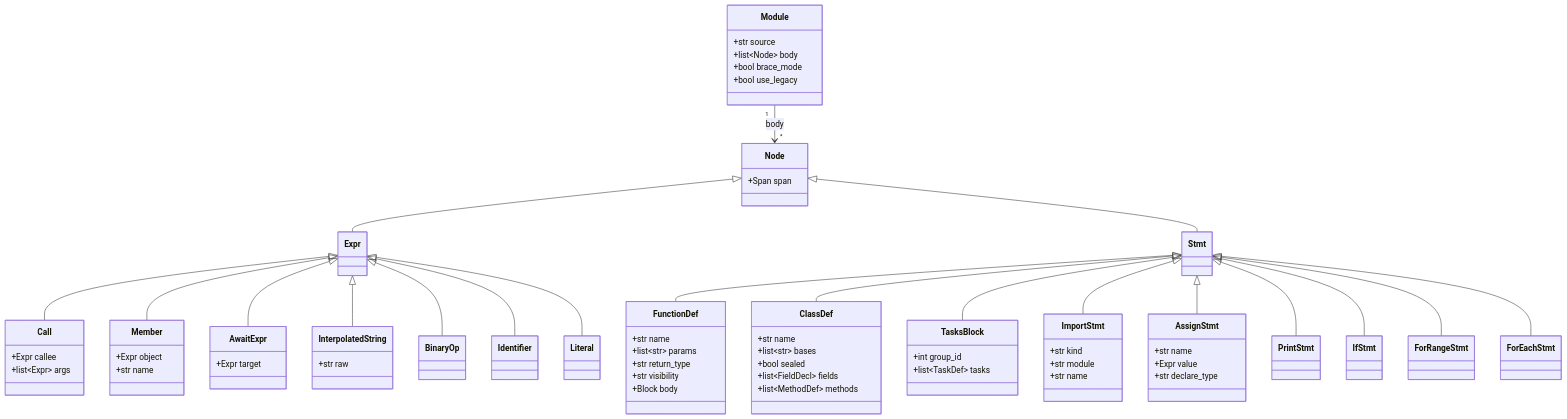
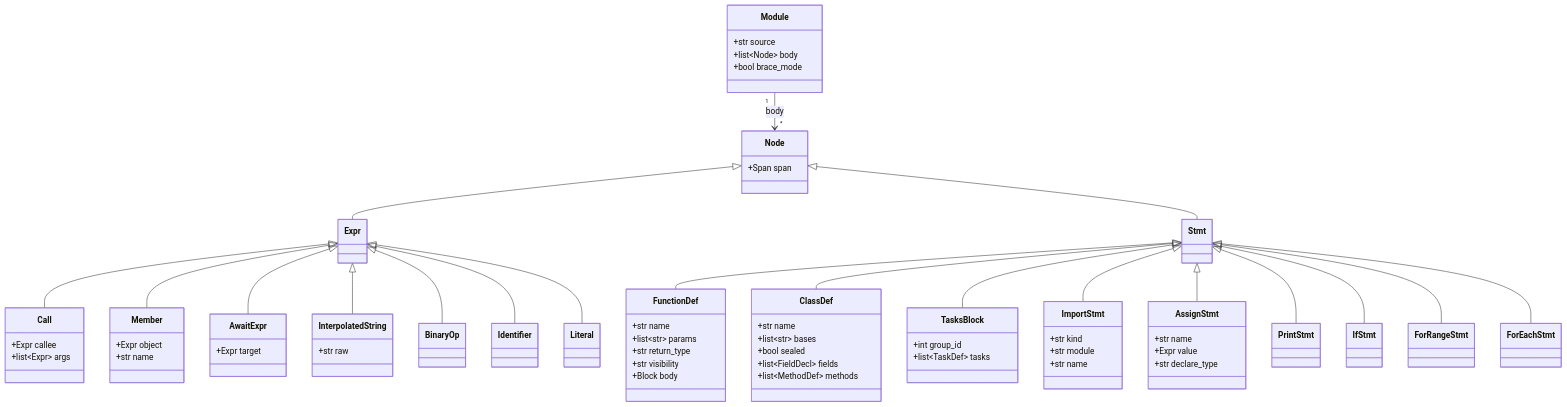
Before and after one commit to remideboer/pys: the fifth of 7 diagrams in docs/ARCHITECTURE.md, drawn with Mermaid. The commit also changed other lines of this file and 11 other files, not shown here.

```diff
--- a/docs/ARCHITECTURE.md
+++ b/docs/ARCHITECTURE.md
@@ -168,7 +165,6 @@
     +str source
     +list~Node~ body
     +bool brace_mode
-    +bool use_legacy
   }
 
   class Node {
```
